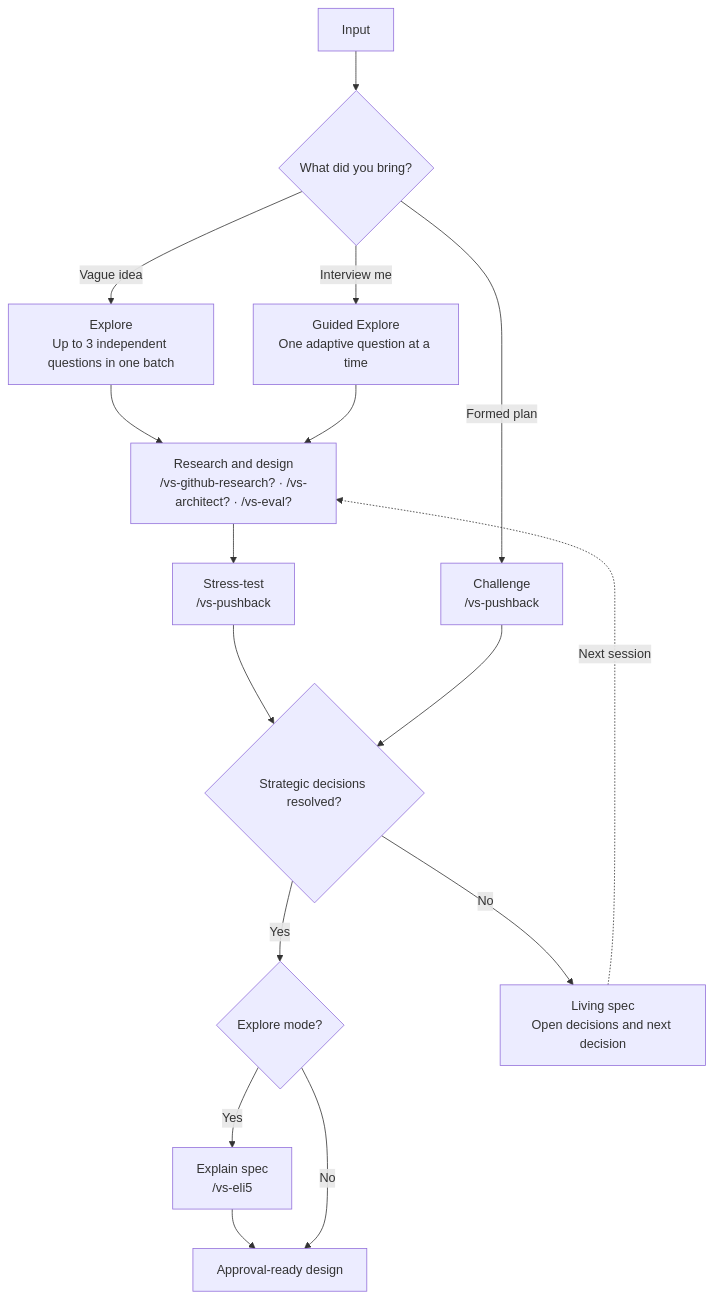
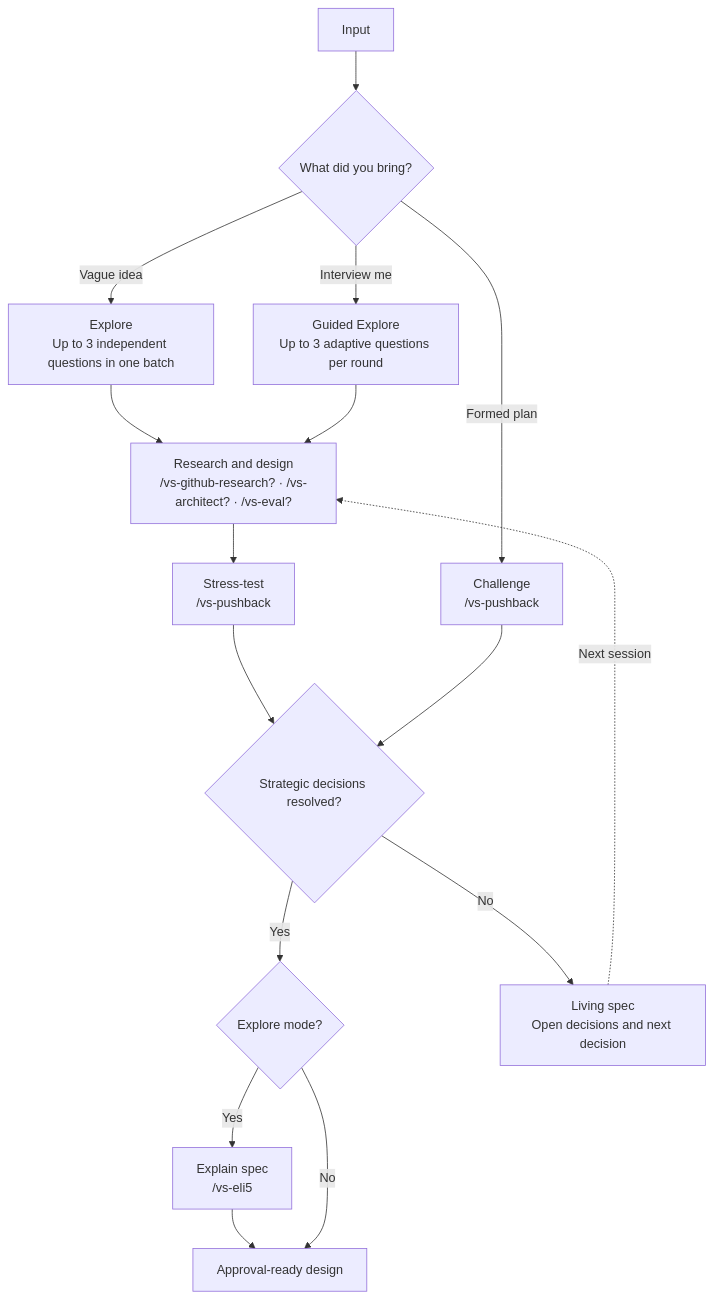
One commit to vltansky/vs changed the second of 4 diagrams in README.md. Above: the diagram before and after it, drawn with Mermaid. The commit also changed 3 other files, not shown here.

Commit message:
feat(shape-it): batch guided explore questions

````diff
--- a/README.md
+++ b/README.md
@@ -56,17 +56,17 @@
 ```mermaid
 flowchart TD
     I[Input] --> R{What did you bring?}
     R -- Vague idea --> E[Explore<br/>Up to 3 independent questions in one batch]
-    R -- "Interview me" --> G[Guided Explore<br/>One adaptive question at a time]
+    R -- "Interview me" --> G[Guided Explore<br/>Up to 3 adaptive questions per round]
     R -- Formed plan --> C["Challenge<br/>/vs-pushback"]
     E --> S["Research and design<br/>/vs-github-research? · /vs-architect? · /vs-eval?"]
     G --> S
     S --> X["Stress-test<br/>/vs-pushback"]
     X --> D{Strategic decisions resolved?}
     C --> D
     D -- Yes --> M{Explore mode?}
     M -- Yes --> K["Explain spec<br/>/vs-eli5"] --> O[Approval-ready design]
     M -- No --> O
     D -- No --> L[Living spec<br/>Open decisions and next decision]
     L -. Next session .-> S
 ```
````
